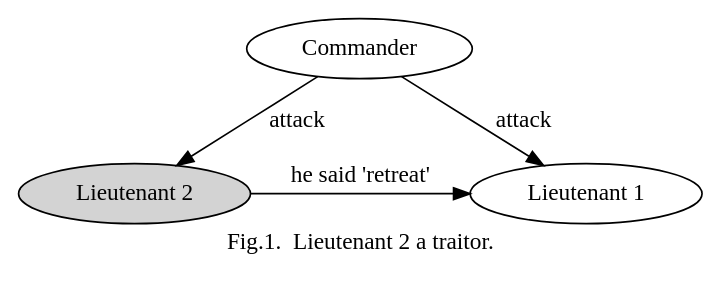
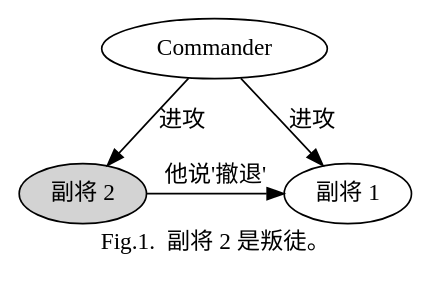
Before and after one commit to Robinpig/Note: the first of 5 diagrams in docs/CS/Distributed/Byzantine.md, drawn with Graphviz. The commit also changed other lines of this file and 355 other files, not shown here.

````diff
--- a/docs/CS/Distributed/Byzantine.md
+++ b/docs/CS/Distributed/Byzantine.md
@@ -71,11 +71,11 @@
 ```dot
 digraph {
-    label="Fig.1.  Lieutenant 2 a traitor."
-    Lieutenant1[label="Lieutenant 1"];
-    Lieutenant2[label="Lieutenant 2"  style=filled];
-    Commander -> Lieutenant1[label="attack"];
-    Commander -> Lieutenant2[label="attack"];
-    Lieutenant2 -> Lieutenant1[label="he said 'retreat'"];
+    label="Fig.1.  副将 2 是叛徒。"
+    Lieutenant1[label="副将 1"];
+    Lieutenant2[label="副将 2"  style=filled];
+    Commander -> Lieutenant1[label="进攻"];
+    Commander -> Lieutenant2[label="进攻"];
+    Lieutenant2 -> Lieutenant1[label="他说'撤退'"];
     {rank="same";Lieutenant1;Lieutenant2;}
 }
 ```
````
